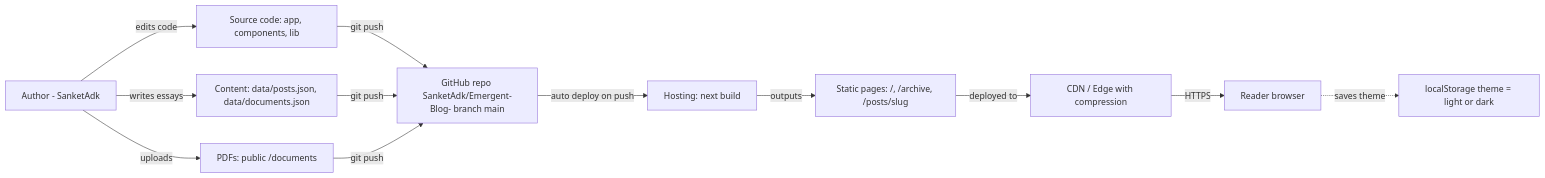
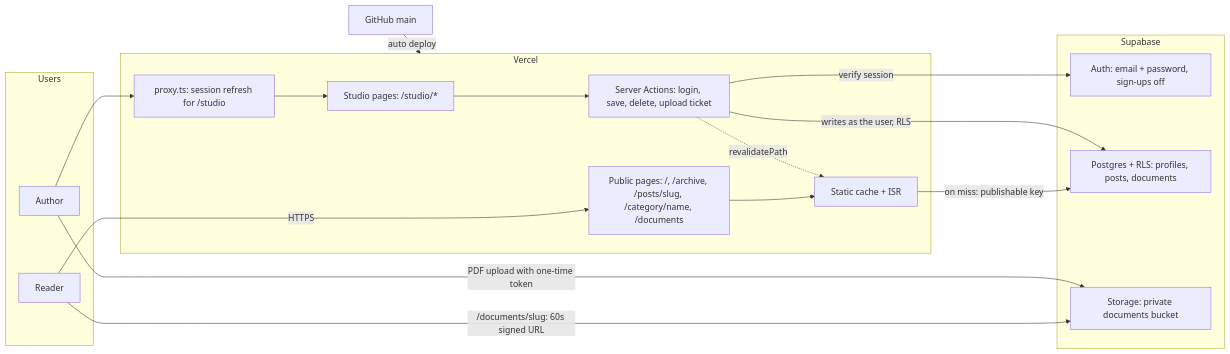
One commit to SanketAdk/Emergent-Blog- changed the first of 5 diagrams in README.md. Above: the diagram before and after it, drawn with Mermaid. The commit also changed other lines of this file and 4 other files, not shown here.

First line of the commit message:
Docs: deployment runbook, author's Studio guide, README for new architecture

````diff
--- a/README.md
+++ b/README.md
@@ -59,14 +57,30 @@
 ```mermaid
 graph LR
-  A["Author - SanketAdk"] -->|edits code| B["Source code: app, components, lib"]
-  A -->|writes essays| C["Content: data/posts.json, data/documents.json"]
-  A -->|uploads| D["PDFs: public /documents"]
-  B -->|git push| E["GitHub repo SanketAdk/Emergent-Blog- branch main"]
-  C -->|git push| E
-  D -->|git push| E
-  E -->|auto deploy on push| F["Hosting: next build"]
-  F -->|outputs| G["Static pages: /, /archive, /posts/slug"]
-  G -->|deployed to| H["CDN / Edge with compression"]
-  H -->|HTTPS| I["Reader browser"]
-  I -.->|saves theme| J["localStorage theme = light or dark"]
+  subgraph Users
+    R["Reader"]
+    A["Author"]
+  end
+  subgraph Vercel
+    PUB["Public pages: /, /archive, /posts/slug, /category/name, /documents"]
+    CACHE["Static cache + ISR"]
+    PX["proxy.ts: session refresh for /studio"]
+    ST["Studio pages: /studio/*"]
+    SA["Server Actions: login, save, delete, upload ticket"]
+  end
+  subgraph Supabase
+    AUTH["Auth: email + password, sign-ups off"]
+    DB["Postgres + RLS: profiles, posts, documents"]
+    STO["Storage: private documents bucket"]
+  end
+  GH["GitHub main"] -->|auto deploy| Vercel
+  R -->|HTTPS| PUB
+  PUB --> CACHE
+  CACHE -->|on miss: publishable key| DB
+  R -->|/documents/slug: 60s signed URL| STO
+  A --> PX --> ST
+  ST --> SA
+  SA -->|verify session| AUTH
+  SA -->|writes as the user, RLS| DB
+  A -->|PDF upload with one-time token| STO
+  SA -.->|revalidatePath| CACHE
 ```
````
